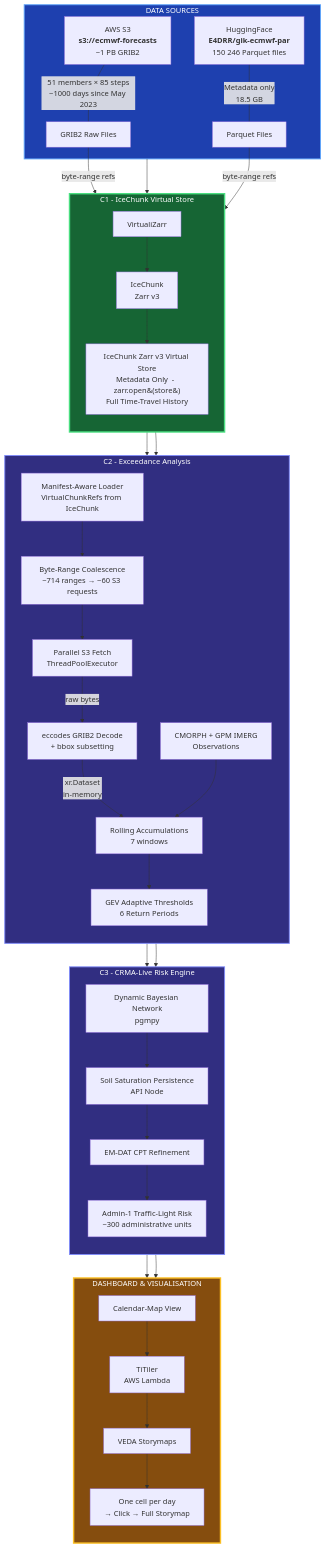
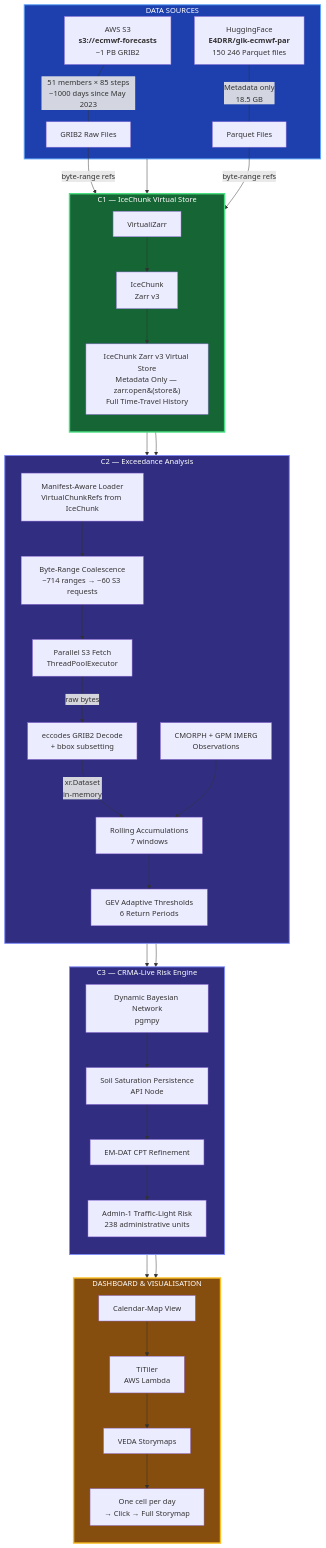
The diagram in README.md (hashirama21/gik-icechain), drawn with Mermaid before and after one commit. The commit also changed other lines of this file, not shown here.

```diff
--- a/README.md
+++ b/README.md
@@ -62,11 +59,11 @@
     end
 
     %% ==================== C1 : VIRTUAL STORE ====================
-    subgraph C1["C1  -  IceChunk Virtual Store"]
+    subgraph C1["C1 — IceChunk Virtual Store"]
         direction TB
         VZ[VirtualiZarr]
         IC[IceChunk<br/>Zarr v3]
-        Store["IceChunk Zarr v3 Virtual Store<br/>Metadata Only  -  zarr.open&#40;store&#41;<br/>Full Time-Travel History"]
+        Store["IceChunk Zarr v3 Virtual Store<br/>Metadata Only — zarr.open&#40;store&#41;<br/>Full Time-Travel History"]
 
         GRIB & Parquet -->|"byte-range refs"| VZ
         VZ --> IC
@@ -74,7 +71,7 @@
     end
 
     %% ==================== C2 : EXCEEDANCE ====================
-    subgraph C2["C2  -  Exceedance Analysis"]
+    subgraph C2["C2 — Exceedance Analysis"]
         direction TB
         Manifest["Manifest-Aware Loader<br/>VirtualChunkRefs from IceChunk"]
         Coalesce["Byte-Range Coalescence<br/>~714 ranges → ~60 S3 requests"]
@@ -94,12 +91,12 @@
     end
 
     %% ==================== C3 : CRMA-LIVE ====================
-    subgraph C3["C3  -  CRMA-Live Risk Engine"]
+    subgraph C3["C3 — CRMA-Live Risk Engine"]
         direction TB
         DBN[Dynamic Bayesian Network<br/>pgmpy]
         Soil[Soil Saturation Persistence<br/>API Node]
         EMDAT[EM-DAT CPT Refinement]
-        Risk["Admin-1 Traffic-Light Risk<br/>~300 administrative units"]
+        Risk["Admin-1 Traffic-Light Risk<br/>238 administrative units"]
 
         GEV --> DBN
         DBN --> Soil
```
